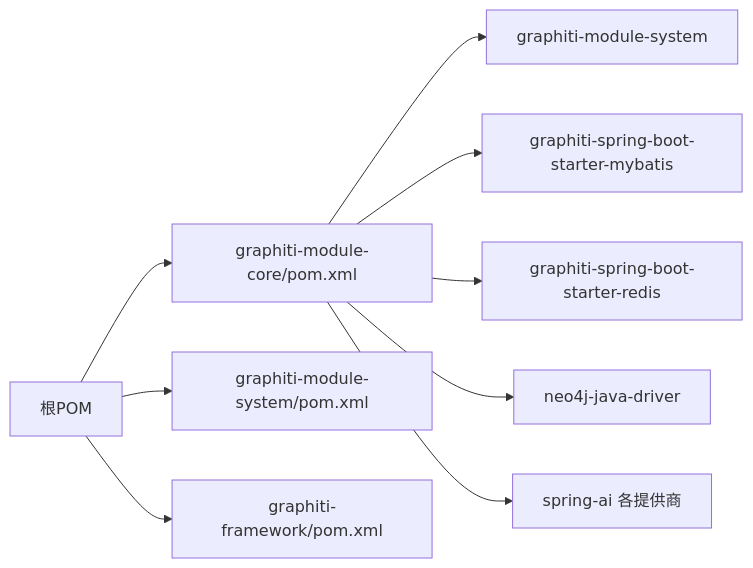
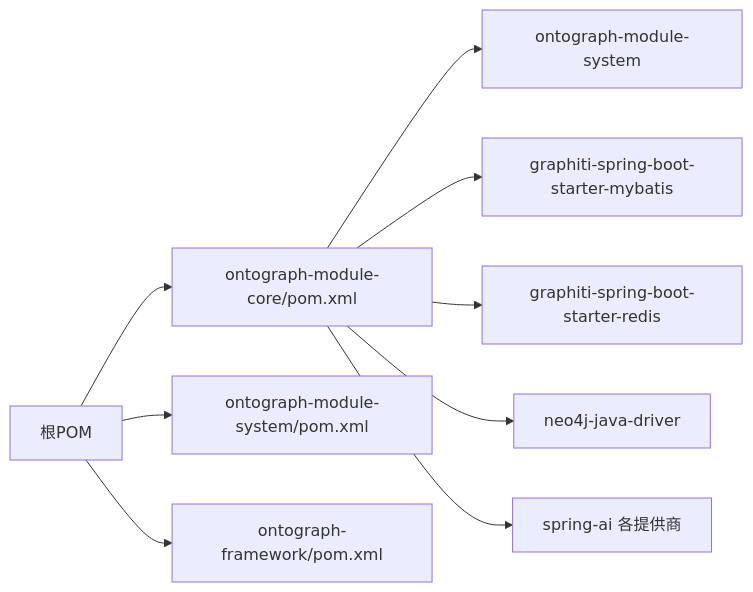
Before and after one commit to joezxh/graphiti-java: the sixth of 6 diagrams in docs/manual/开发指南/开发指南.md, drawn with Mermaid. The commit also changed other lines of this file and 200 other files, not shown here.

````diff
--- a/docs/manual/开发指南/开发指南.md
+++ b/docs/manual/开发指南/开发指南.md
@@ -198,11 +198,11 @@
 ```mermaid
 graph LR
-ROOT["根POM"] --> COREPOM["graphiti-module-core/pom.xml"]
-ROOT --> SYSPOM["graphiti-module-system/pom.xml"]
-ROOT --> FWPOM["graphiti-framework/pom.xml"]
-COREPOM --> SYSDEP["graphiti-module-system"]
+ROOT["根POM"] --> COREPOM["ontograph-module-core/pom.xml"]
+ROOT --> SYSPOM["ontograph-module-system/pom.xml"]
+ROOT --> FWPOM["ontograph-framework/pom.xml"]
+COREPOM --> SYSDEP["ontograph-module-system"]
 COREPOM --> MBDEP["graphiti-spring-boot-starter-mybatis"]
 COREPOM --> REDISDEP["graphiti-spring-boot-starter-redis"]
 COREPOM --> NEO4JDEP["neo4j-java-driver"]
 COREPOM --> AIDEP["spring-ai 各提供商"]
 ```
````
